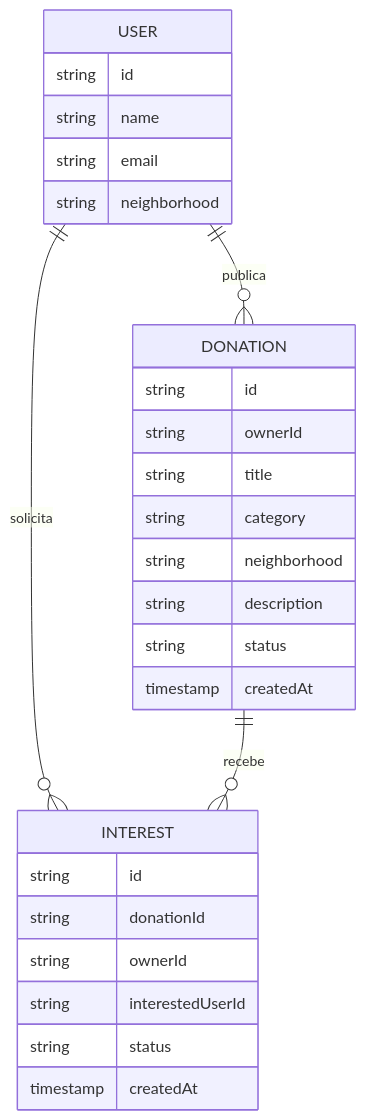
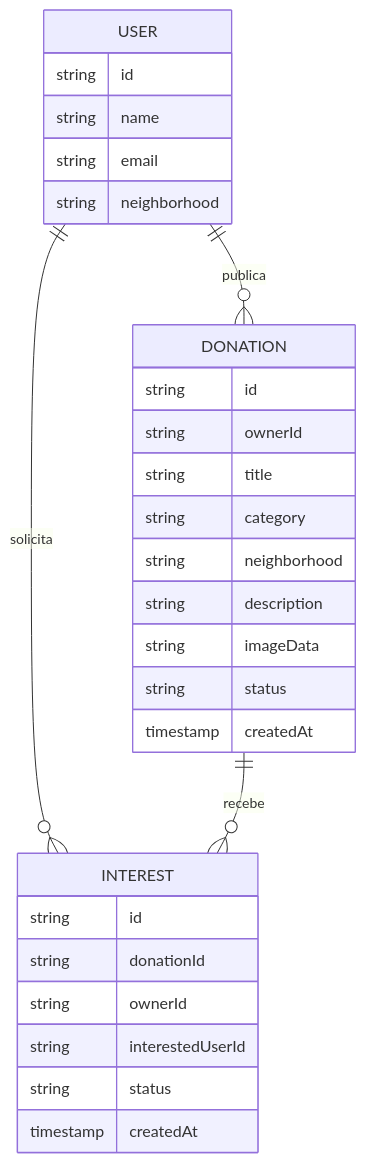
One commit to cristiantomaz/AjudaVizinho changed the diagram in docs/modelo-dados.md. Above: the diagram before and after it, drawn with Mermaid. The commit also changed other lines of this file and 9 other files, not shown here.

````diff
--- a/docs/modelo-dados.md
+++ b/docs/modelo-dados.md
@@ -5,30 +5,31 @@
 ```mermaid
 erDiagram
   USER ||--o{ DONATION : publica
   USER ||--o{ INTEREST : solicita
   DONATION ||--o{ INTEREST : recebe
   USER {
     string id
     string name
     string email
     string neighborhood
   }
   DONATION {
     string id
     string ownerId
     string title
     string category
     string neighborhood
     string description
+    string imageData
     string status
     timestamp createdAt
   }
   INTEREST {
     string id
     string donationId
     string ownerId
     string interestedUserId
     string status
     timestamp createdAt
   }
 ```
````
